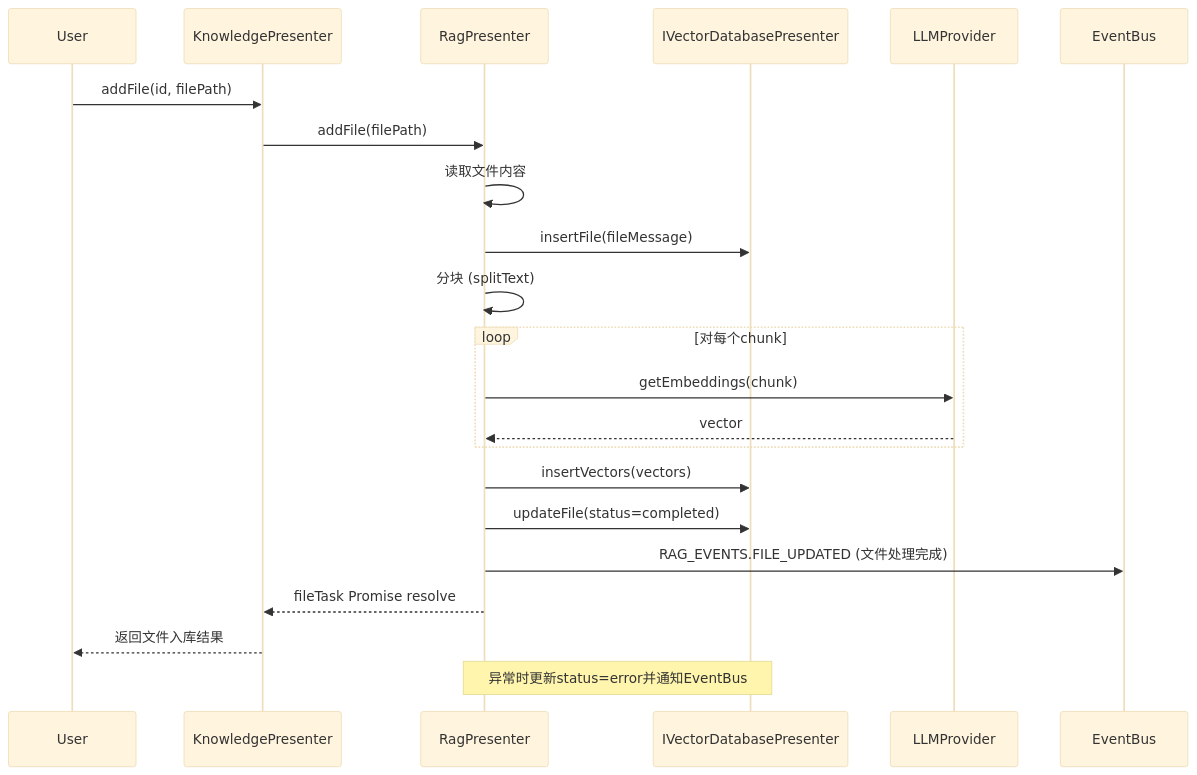
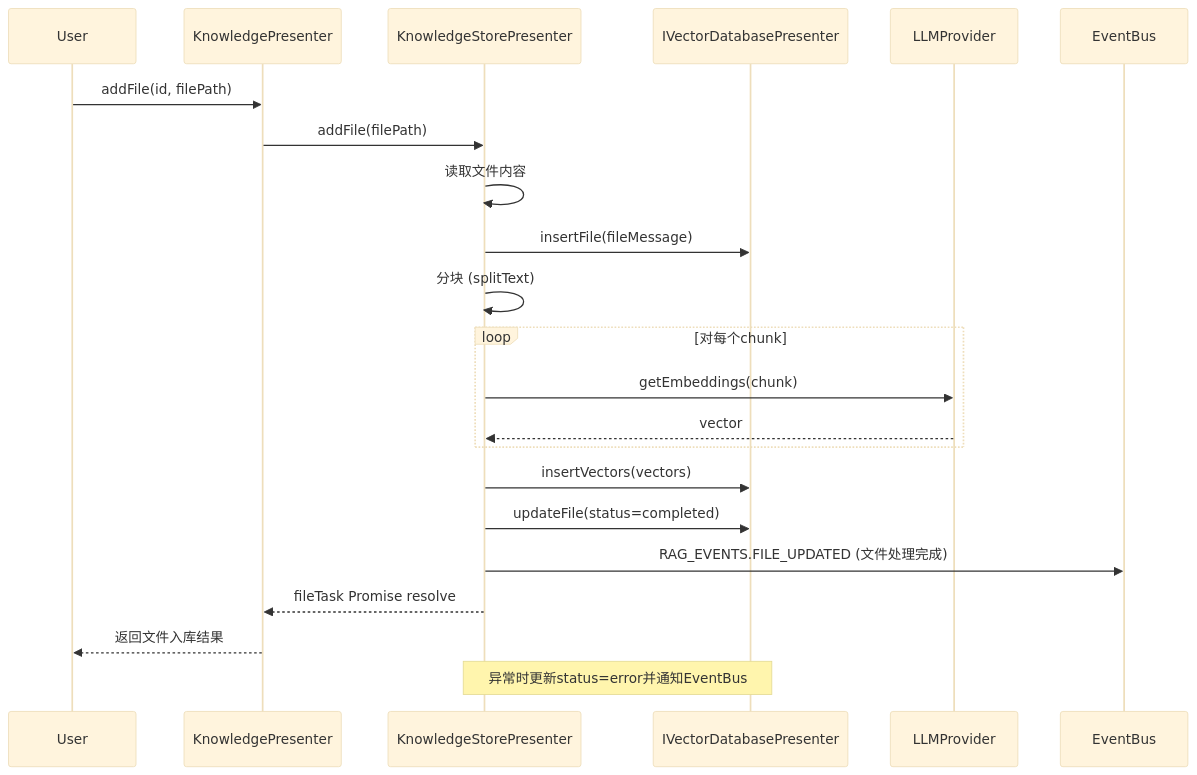
The first of 4 diagrams in docs/builtin-knowledge-design.md (wangle201210/deepchat), drawn with Mermaid (base theme) before and after one commit. The commit also changed other lines of this file and 4 other files, not shown here.

Commit message:
feat: refactor BuiltinKnowledge module by replacing RagPresenter with KnowledgeStorePresenter and updating related components

````diff
--- a/docs/builtin-knowledge-design.md
+++ b/docs/builtin-knowledge-design.md
@@ -58,25 +58,25 @@
 ```mermaid
 sequenceDiagram
     participant User
     participant KnowledgePresenter
-    participant RagPresenter
+    participant KnowledgeStorePresenter
     participant IVectorDatabasePresenter
     participant LLMProvider
     participant EventBus
 
     User->>KnowledgePresenter: addFile(id, filePath)
-    KnowledgePresenter->>RagPresenter: addFile(filePath)
-    RagPresenter->>RagPresenter: 读取文件内容
-    RagPresenter->>IVectorDatabasePresenter: insertFile(fileMessage)
-    RagPresenter->>RagPresenter: 分块 (splitText)
+    KnowledgePresenter->>KnowledgeStorePresenter: addFile(filePath)
+    KnowledgeStorePresenter->>KnowledgeStorePresenter: 读取文件内容
+    KnowledgeStorePresenter->>IVectorDatabasePresenter: insertFile(fileMessage)
+    KnowledgeStorePresenter->>KnowledgeStorePresenter: 分块 (splitText)
     loop 对每个chunk
-        RagPresenter->>LLMProvider: getEmbeddings(chunk)
-        LLMProvider-->>RagPresenter: vector
+        KnowledgeStorePresenter->>LLMProvider: getEmbeddings(chunk)
+        LLMProvider-->>KnowledgeStorePresenter: vector
     end
-    RagPresenter->>IVectorDatabasePresenter: insertVectors(vectors)
-    RagPresenter->>IVectorDatabasePresenter: updateFile(status=completed)
-    RagPresenter->>EventBus: RAG_EVENTS.FILE_UPDATED (文件处理完成)
-    RagPresenter-->>KnowledgePresenter: fileTask Promise resolve
+    KnowledgeStorePresenter->>IVectorDatabasePresenter: insertVectors(vectors)
+    KnowledgeStorePresenter->>IVectorDatabasePresenter: updateFile(status=completed)
+    KnowledgeStorePresenter->>EventBus: RAG_EVENTS.FILE_UPDATED (文件处理完成)
+    KnowledgeStorePresenter-->>KnowledgePresenter: fileTask Promise resolve
     KnowledgePresenter-->>User: 返回文件入库结果
-    Note over RagPresenter,IVectorDatabasePresenter: 异常时更新status=error并通知EventBus
+    Note over KnowledgeStorePresenter,IVectorDatabasePresenter: 异常时更新status=error并通知EventBus
 ```
````
